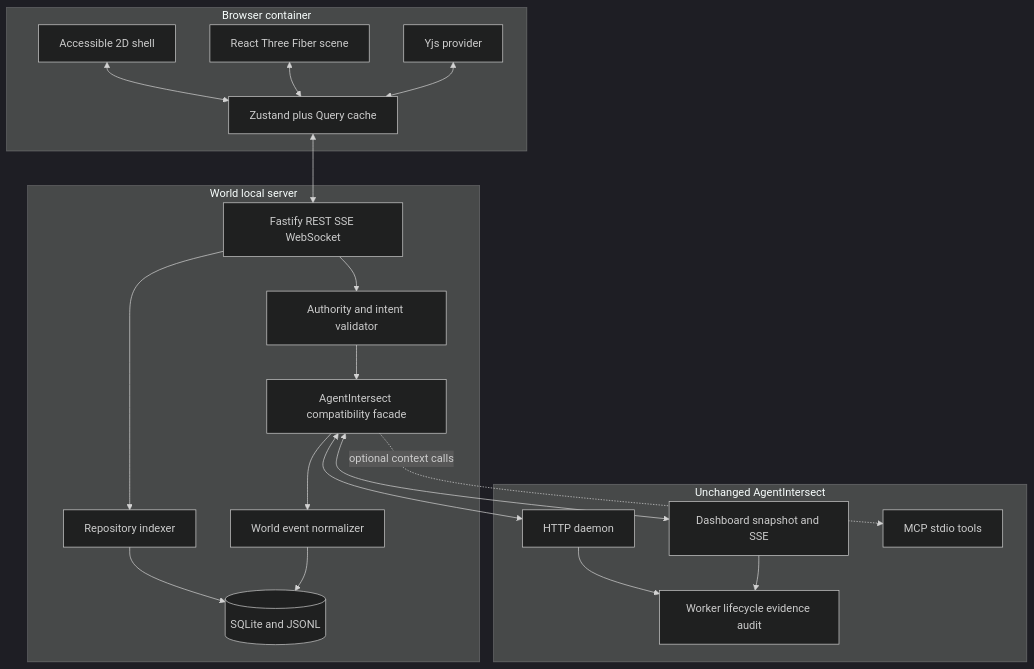
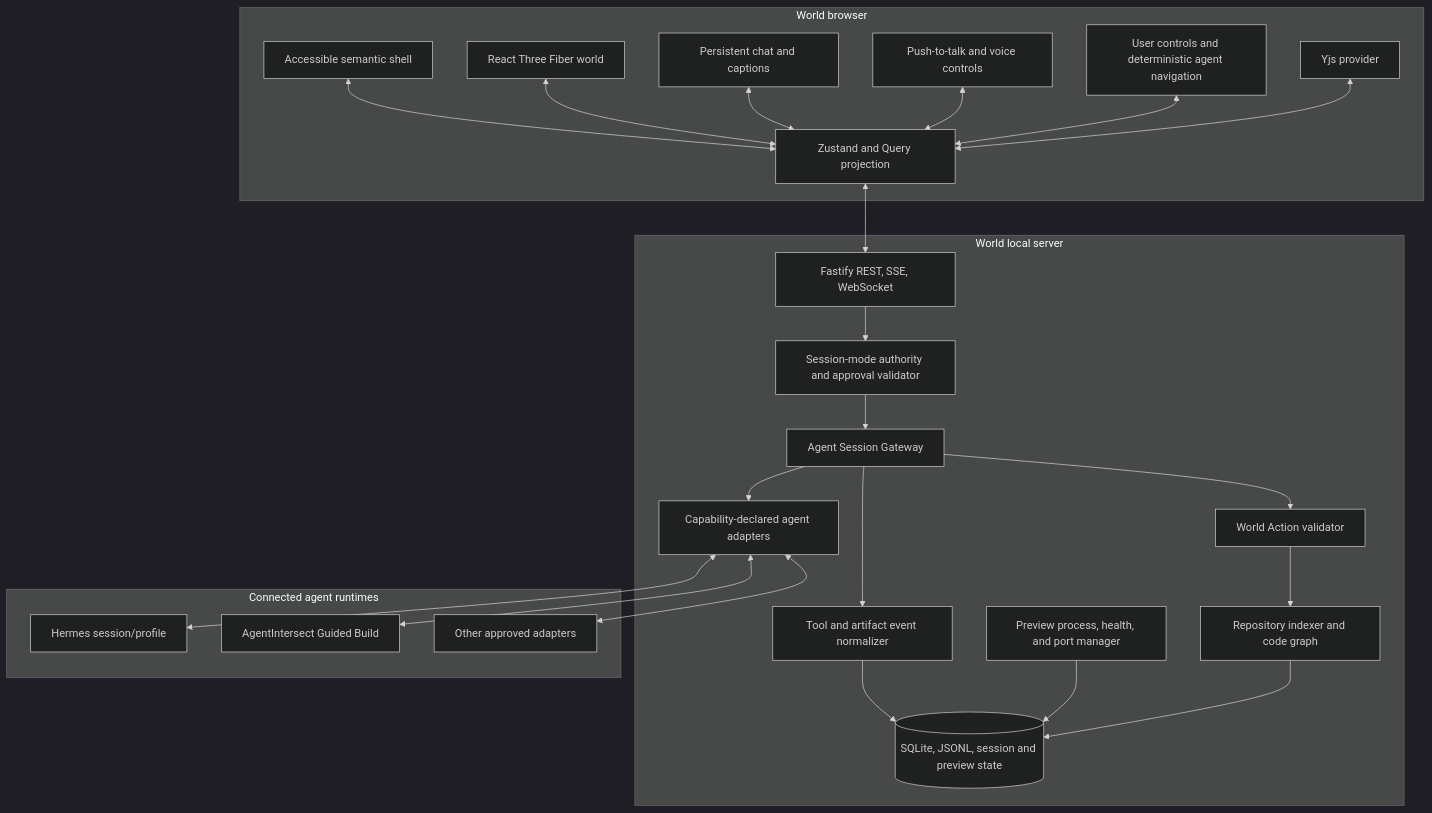
The second of 13 diagrams in AgentIntersect_WorldDD.md (MelaBuilt-AI/AgentIntersect-World), drawn with Mermaid (dark theme) before and after one commit. The commit also changed other lines of this file and 1 other file, not shown here.

Commit message:
docs: rebaseline World around embodied agent sessions

````diff
--- a/AgentIntersect_WorldDD.md
+++ b/AgentIntersect_WorldDD.md
@@ -247,38 +317,47 @@
 ```mermaid
 flowchart TB
-  subgraph BrowserContainer[Browser container]
-    Shell[Accessible 2D shell]
-    Scene[React Three Fiber scene]
-    ClientState[Zustand plus Query cache]
+  subgraph BrowserContainer[World browser]
+    Shell[Accessible semantic shell]
+    Scene[React Three Fiber world]
+    Chat[Persistent chat and captions]
+    VoiceUI[Push-to-talk and voice controls]
+    Navigation[User controls and deterministic agent navigation]
+    ClientState[Zustand and Query projection]
     YProvider[Yjs provider]
   end
   subgraph LocalContainer[World local server]
-    API[Fastify REST SSE WebSocket]
-    Authority[Authority and intent validator]
-    Adapter[AgentIntersect compatibility facade]
-    Normalizer[World event normalizer]
-    RepoIndexer[Repository indexer]
-    WorldDB[(SQLite and JSONL)]
+    API[Fastify REST, SSE, WebSocket]
+    Authority[Session-mode authority and approval validator]
+    SessionGateway[Agent Session Gateway]
+    AdapterRegistry[Capability-declared agent adapters]
+    ActionValidator[World Action validator]
+    ToolNormalizer[Tool and artifact event normalizer]
+    PreviewManager[Preview process, health, and port manager]
+    RepoIndexer[Repository indexer and code graph]
+    Persistence[(SQLite, JSONL, session and preview state)]
   end
-  subgraph ControlPlane[Unchanged AgentIntersect]
-    Daemon[HTTP daemon]
-    Dashboard[Dashboard snapshot and SSE]
-    MCP[MCP stdio tools]
-    Lifecycle[Worker lifecycle evidence audit]
+  subgraph AgentRuntimes[Connected agent runtimes]
+    HermesRuntime[Hermes session/profile]
+    AgentIntersectRuntime[AgentIntersect Guided Build]
+    OtherRuntime[Other approved adapters]
   end
   Shell <--> ClientState
   Scene <--> ClientState
+  Chat <--> ClientState
+  VoiceUI <--> ClientState
+  Navigation <--> ClientState
   YProvider <--> ClientState
   ClientState <--> API
   API --> Authority
-  Authority --> Adapter
-  Adapter <--> Daemon
-  Adapter <--> Dashboard
-  Adapter -. optional context calls .-> MCP
-  Daemon --> Lifecycle
-  Dashboard --> Lifecycle
-  RepoIndexer --> WorldDB
-  Normalizer --> WorldDB
-  API --> RepoIndexer
-  Adapter --> Normalizer
+  Authority --> SessionGateway
+  SessionGateway --> AdapterRegistry
+  AdapterRegistry <--> HermesRuntime
+  AdapterRegistry <--> AgentIntersectRuntime
+  AdapterRegistry <--> OtherRuntime
+  SessionGateway --> ToolNormalizer
+  SessionGateway --> ActionValidator
+  ToolNormalizer --> Persistence
+  ActionValidator --> RepoIndexer
+  PreviewManager --> Persistence
+  RepoIndexer --> Persistence
 ```
````
